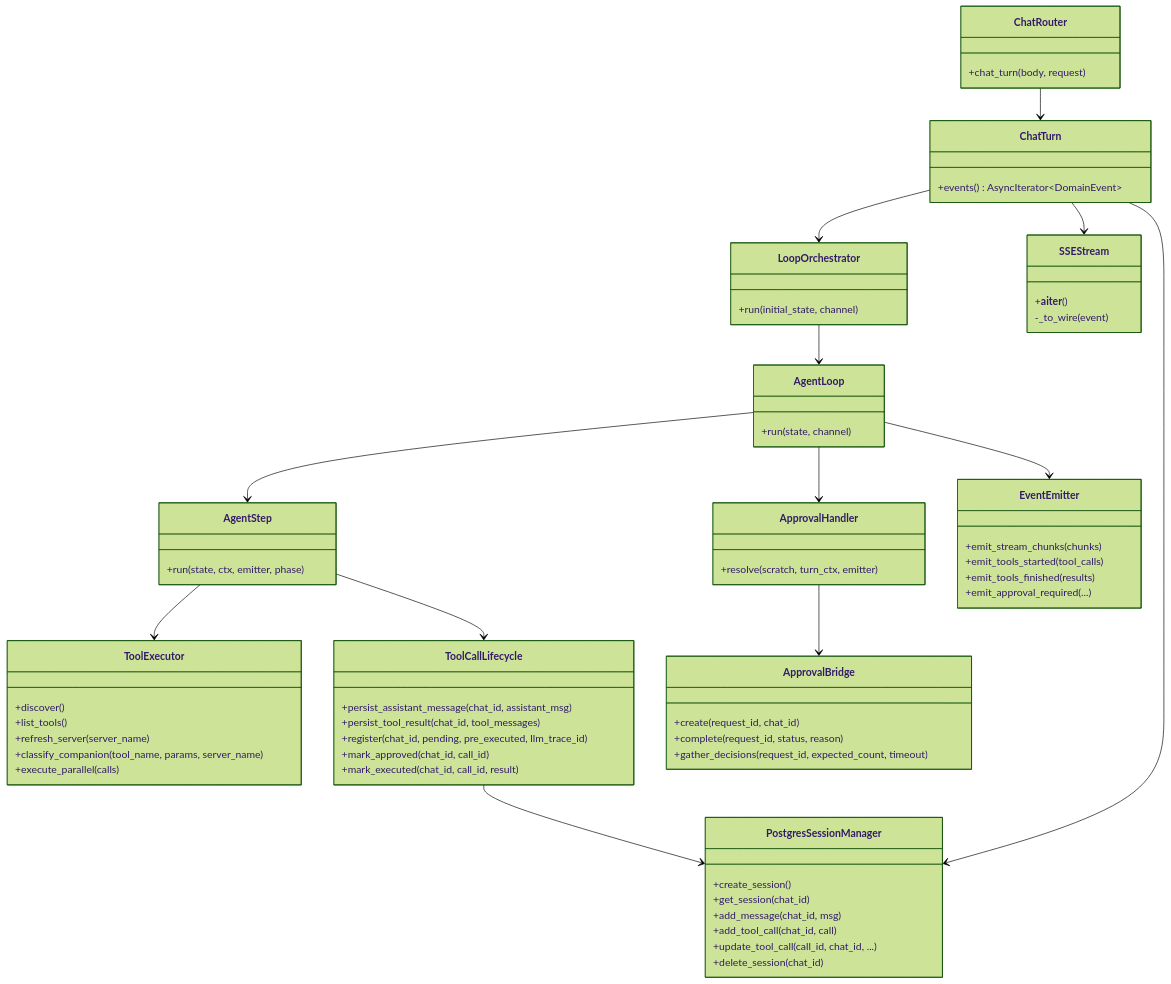
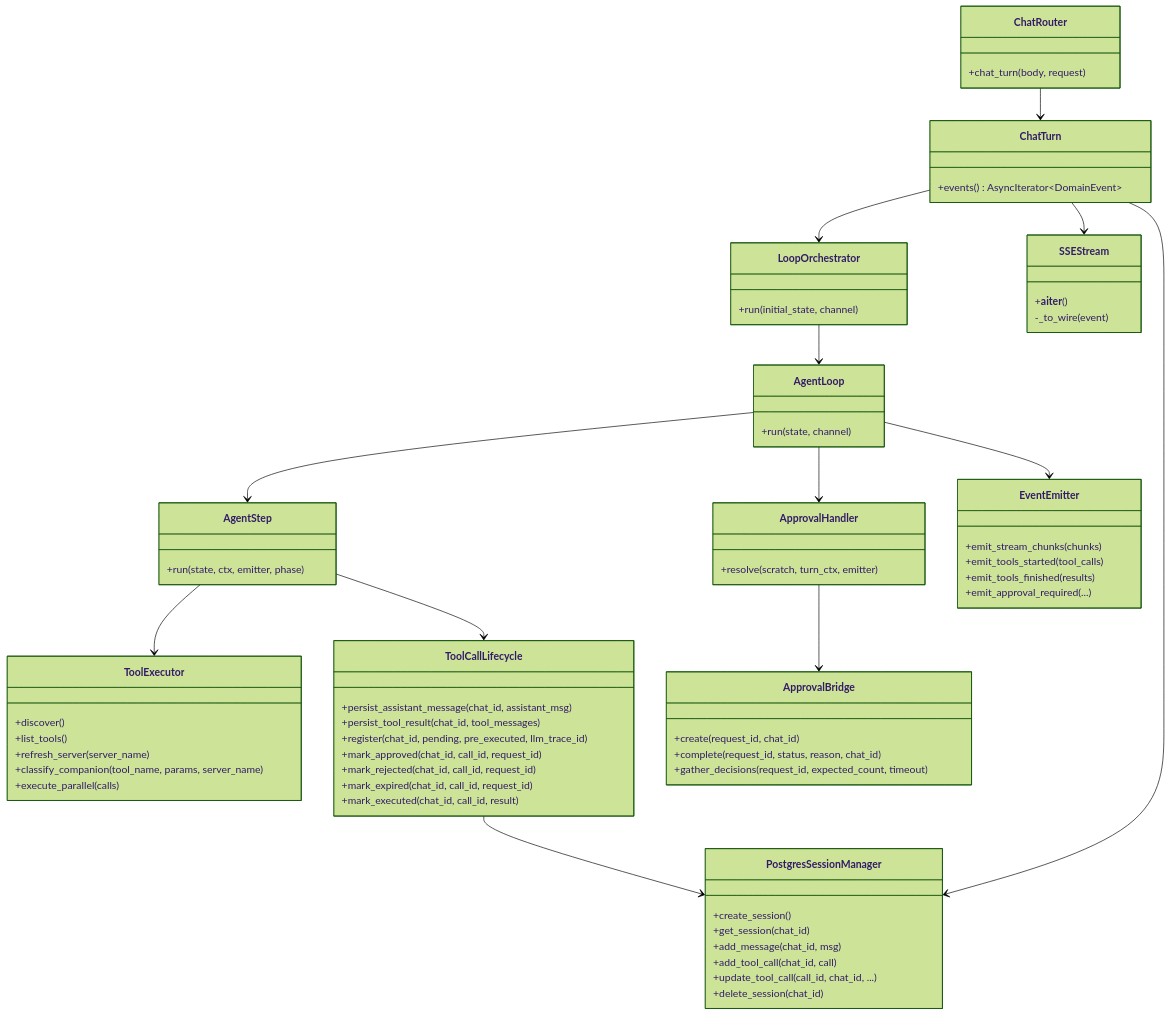
Before and after one commit to nazzeDe/alascup-agent: diagram 12 of 13 in web-server/graph.md, drawn with Mermaid (forest theme). The commit also changed other lines of this file and 77 other files, not shown here.

````diff
--- a/web-server/graph.md
+++ b/web-server/graph.md
@@ -362,71 +362,73 @@
 ```mermaid
 classDiagram
     class ChatRouter {
         +chat_turn(body, request)
     }
     class ChatTurn {
         +events() AsyncIterator~DomainEvent~
     }
     class SSEStream {
         +__aiter__()
         -_to_wire(event)
     }
     class LoopOrchestrator {
         +run(initial_state, channel)
     }
     class AgentLoop {
         +run(state, channel)
     }
     class AgentStep {
         +run(state, ctx, emitter, phase)
     }
     class ApprovalHandler {
         +resolve(scratch, turn_ctx, emitter)
     }
     class EventEmitter {
         +emit_stream_chunks(chunks)
         +emit_tools_started(tool_calls)
         +emit_tools_finished(results)
         +emit_approval_required(...)
     }
     class ApprovalBridge {
         +create(request_id, chat_id)
-        +complete(request_id, status, reason)
+        +complete(request_id, status, reason, chat_id)
         +gather_decisions(request_id, expected_count, timeout)
     }
     class ToolExecutor {
         +discover()
         +list_tools()
         +refresh_server(server_name)
         +classify_companion(tool_name, params, server_name)
         +execute_parallel(calls)
     }
     class PostgresSessionManager {
         +create_session()
         +get_session(chat_id)
         +add_message(chat_id, msg)
         +add_tool_call(chat_id, call)
         +update_tool_call(call_id, chat_id, ...)
         +delete_session(chat_id)
     }
     class ToolCallLifecycle {
         +persist_assistant_message(chat_id, assistant_msg)
         +persist_tool_result(chat_id, tool_messages)
         +register(chat_id, pending, pre_executed, llm_trace_id)
-        +mark_approved(chat_id, call_id)
+        +mark_approved(chat_id, call_id, request_id)
+        +mark_rejected(chat_id, call_id, request_id)
+        +mark_expired(chat_id, call_id, request_id)
         +mark_executed(chat_id, call_id, result)
     }
 
     ChatRouter --> ChatTurn
     ChatTurn --> LoopOrchestrator
     ChatTurn --> SSEStream
     LoopOrchestrator --> AgentLoop
     AgentLoop --> AgentStep
     AgentLoop --> ApprovalHandler
     AgentLoop --> EventEmitter
     ApprovalHandler --> ApprovalBridge
     AgentStep --> ToolExecutor
     AgentStep --> ToolCallLifecycle
     ChatTurn --> PostgresSessionManager
     ToolCallLifecycle --> PostgresSessionManager
 ```
````
